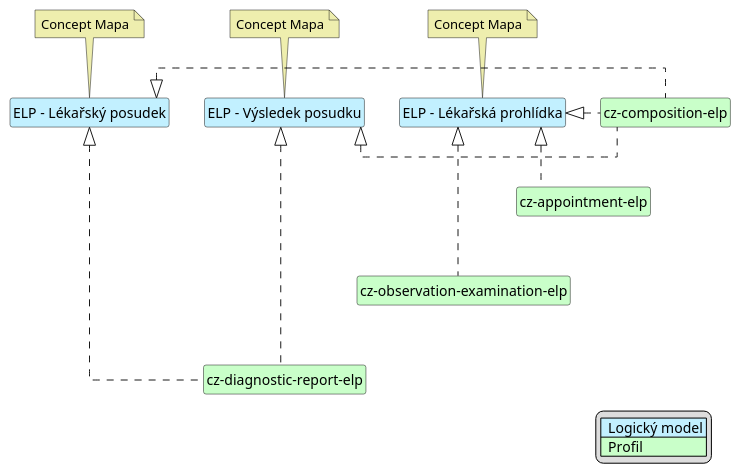
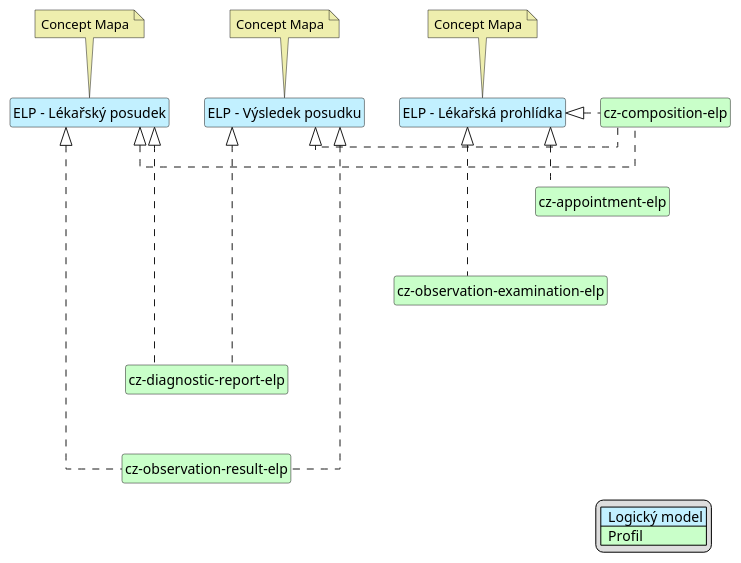
One commit to HL7-cz/elp changed the diagram in input/images-source/elpBody-map-cs.plantuml. Above: the diagram before and after it, drawn with PlantUML. The commit also changed 13 other files, not shown here.

```diff
--- a/input/images-source/elpBody-map-cs.plantuml
+++ b/input/images-source/elpBody-map-cs.plantuml
@@ -1,50 +1,54 @@
 @startuml
 hide circle
 hide stereotype
 hide members
 hide methods
 skinparam linetype ortho
 skinparam class {
 BackgroundColor<<LogicalModel>> #APPLICATION
 BackgroundColor<<Profile>> #TECHNOLOGY
 }
 legend right
 | <#APPLICATION>  Logický model |
 | <#TECHNOLOGY>  Profil |
 endlegend
 
 class "ELP - Lékařská prohlídka" <<LogicalModel>> [[StructureDefinition-LogMedicalExaminationCz.html]]
 note top #EEEEAE [[ConceptMap-MedicalExamination2FHIR-cz.html]]
 Concept Mapa
 endnote
 
 class "ELP - Výsledek posudku" <<LogicalModel>> [[StructureDefinition-LogResultCz.html]]
 note top #EEEEAE [[ConceptMap-Result2FHIR-cz.html]]
 Concept Mapa
 endnote
 
 class "ELP - Lékařský posudek" <<LogicalModel>> [[StructureDefinition-LogMedicalReportCz.html]]
 note top #EEEEAE [[ConceptMap-MedicalReport2FHIR-cz.html]]
 Concept Mapa
 endnote
 
 class "cz-composition-elp" <<Profile>> [[StructureDefinition-cz-composition-elp.html]]
 class "cz-appointment-elp" <<Profile>> [[StructureDefinition-cz-appointment-elp.html]]
 class "cz-observation-examination-elp" <<Profile>> [[StructureDefinition-cz-observation-examination-elp.html]]
 class "cz-diagnostic-report-elp" <<Profile>> [[StructureDefinition-cz-diagnostic-report-elp.html]]
+class "cz-observation-result-elp" <<Profile>> [[StructureDefinition-cz-observation-result-elp.html]]
 
 "ELP - Lékařská prohlídka" <|. "cz-composition-elp"
 "ELP - Lékařská prohlídka" <|. "cz-appointment-elp"
 "ELP - Lékařská prohlídka" <|. "cz-observation-examination-elp"
 
 "ELP - Lékařský posudek" <|. "cz-composition-elp"
 "ELP - Lékařský posudek" <|. "cz-diagnostic-report-elp"
+"ELP - Lékařský posudek" <|. "cz-observation-result-elp"
 
 "ELP - Výsledek posudku" <|. "cz-composition-elp"
 "ELP - Výsledek posudku" <|. "cz-diagnostic-report-elp"
+"ELP - Výsledek posudku" <|. "cz-observation-result-elp"
 
 "cz-composition-elp" -d[hidden]-> "cz-appointment-elp"
 "cz-appointment-elp" -d[hidden]-> "cz-observation-examination-elp"
 "cz-observation-examination-elp" -d[hidden]-> "cz-diagnostic-report-elp"
+"cz-diagnostic-report-elp" -d[hidden]-> "cz-observation-result-elp"
 
 @enduml
```
